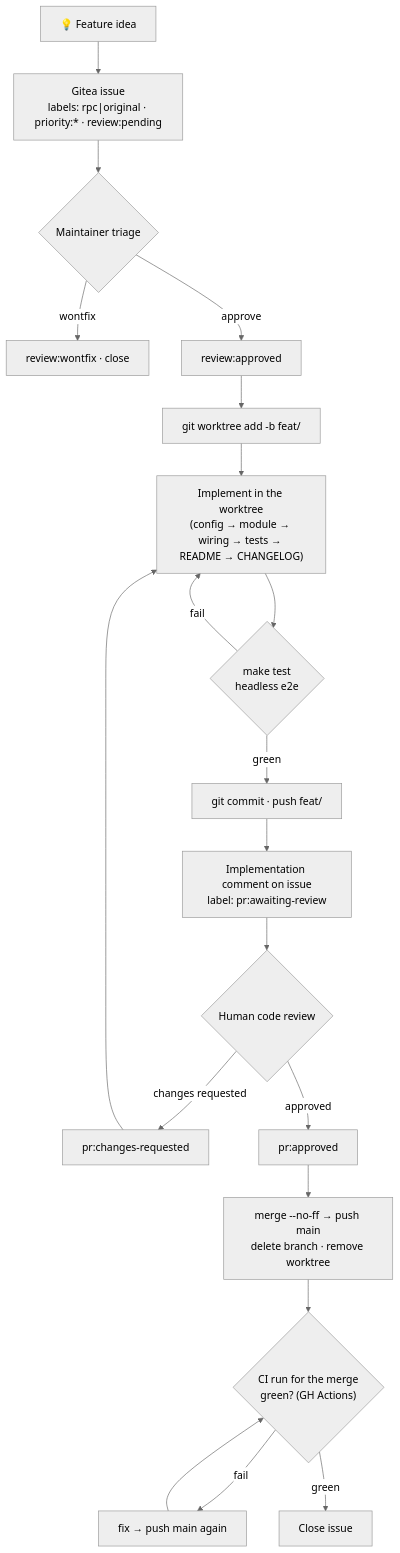
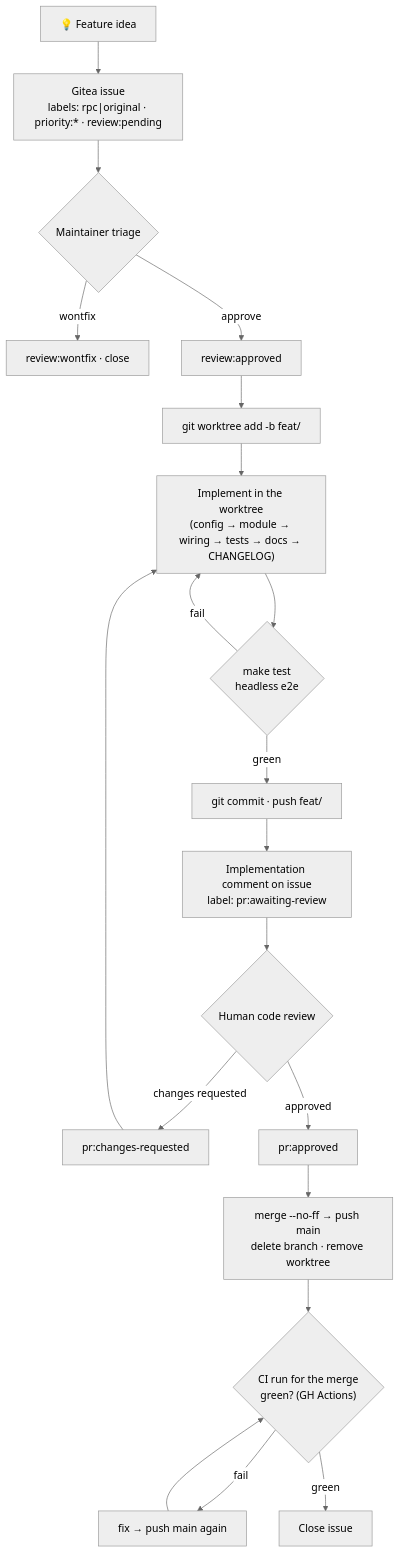
The diagram in .agents/skills/develop/SKILL.md (saya-ashen/agent-workbench.nvim), drawn with Mermaid (neutral theme) before and after one commit. The commit also changed other lines of this file and 1 other file, not shown here.

Commit message:
docs(agents): require docs-code consistency for every code change
Promote the README/doc-maintenance note into a standing rule: any change
to lua/ or extensions/ must keep README.md + doc/ consistent — user-visible
changes update docs in the same change, internal changes still verify and
fix drift. Mirrored into the develop skill's standard-places checklist and
implementation flow.

````diff
--- a/.agents/skills/develop/SKILL.md
+++ b/.agents/skills/develop/SKILL.md
@@ -12,20 +12,20 @@
 ```mermaid
 flowchart TD
     A["💡 Feature idea"] --> B["Gitea issue\nlabels: rpc|original · priority:* · review:pending"]
     B --> C{"Maintainer triage"}
     C -- wontfix --> D["review:wontfix · close"]
     C -- approve --> E["review:approved"]
     E --> F["git worktree add <wt> -b feat/<name>"]
-    F --> G["Implement in the worktree\n(config → module → wiring → tests → README → CHANGELOG)"]
+    F --> G["Implement in the worktree\n(config → module → wiring → tests → docs → CHANGELOG)"]
     G --> H{"make test\nheadless e2e"}
     H -- fail --> G
     H -- green --> I["git commit · push feat/<name>"]
     I --> J["Implementation comment on issue\nlabel: pr:awaiting-review"]
     J --> K{"Human code review"}
     K -- changes requested --> L["pr:changes-requested"] --> G
     K -- approved --> M["pr:approved"]
     M --> N["merge --no-ff → push main\ndelete branch · remove worktree"]
     N --> P{"CI run for the merge\ngreen? (GH Actions)"}
     P -- fail --> Q["fix → push main again"] --> P
     P -- green --> O["Close issue"]
 ```
````
